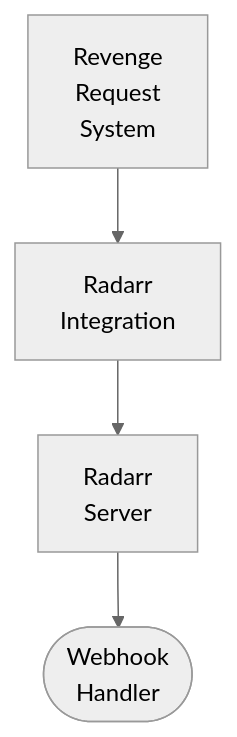
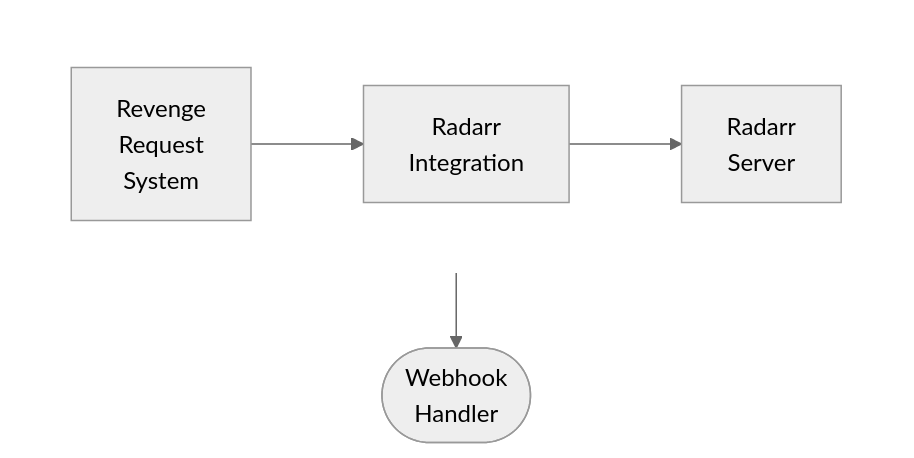
The diagram in docs/dev/design/integrations/servarr/RADARR.md (lusoris/revenge), drawn with Mermaid (neutral theme) before and after one commit. The commit also changed 210 other files, not shown here.

First line of the commit message:
feat(docs): Add horizontal layout support for Mermaid diagrams

````diff
--- a/docs/dev/design/integrations/servarr/RADARR.md
+++ b/docs/dev/design/integrations/servarr/RADARR.md
@@ -59,10 +59,16 @@
 ```mermaid
 flowchart TD
-    node1["Revenge<br/>Request<br/>System"]
-    node2["Radarr<br/>Integration"]
-    node3["Radarr<br/>Server"]
+    subgraph row1[ ]
+        direction LR
+        node1["Revenge<br/>Request<br/>System"]
+        node2["Radarr<br/>Integration"]
+        node3["Radarr<br/>Server"]
+    end
     node4(["Webhook<br/>Handler"])
     node1 --> node2
     node2 --> node3
     node3 --> node4
+
+    %% Hide row subgraph borders
+    style row1 fill:transparent,stroke:transparent
 ```
````
